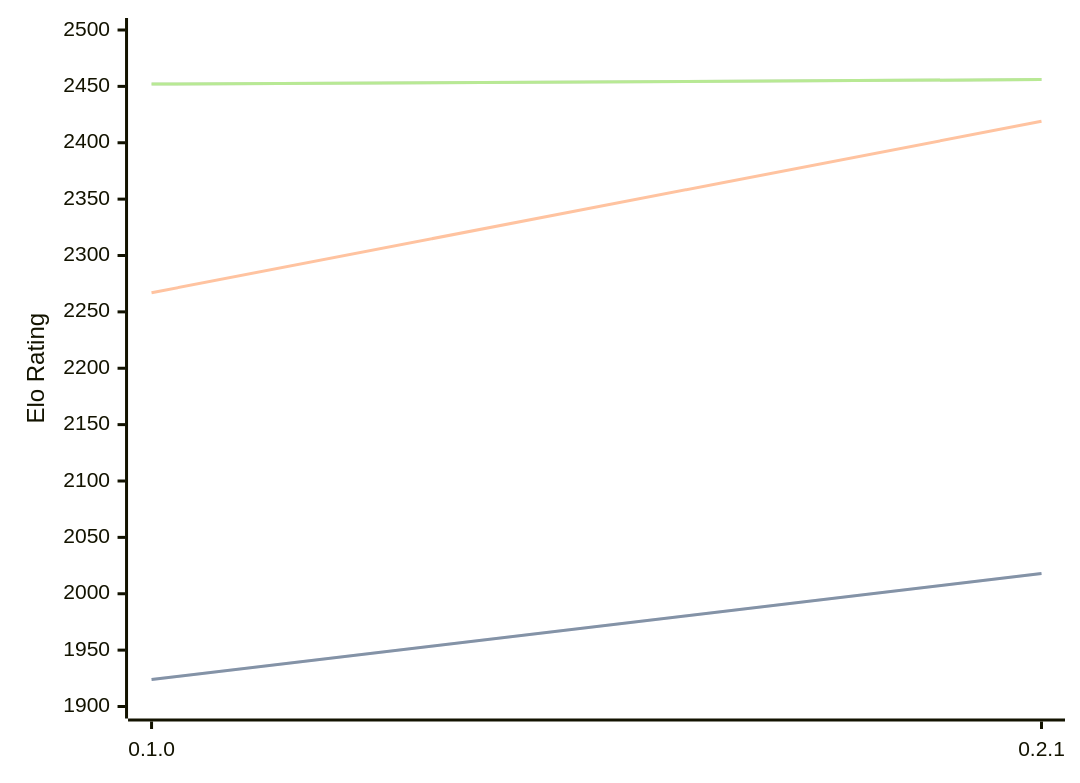
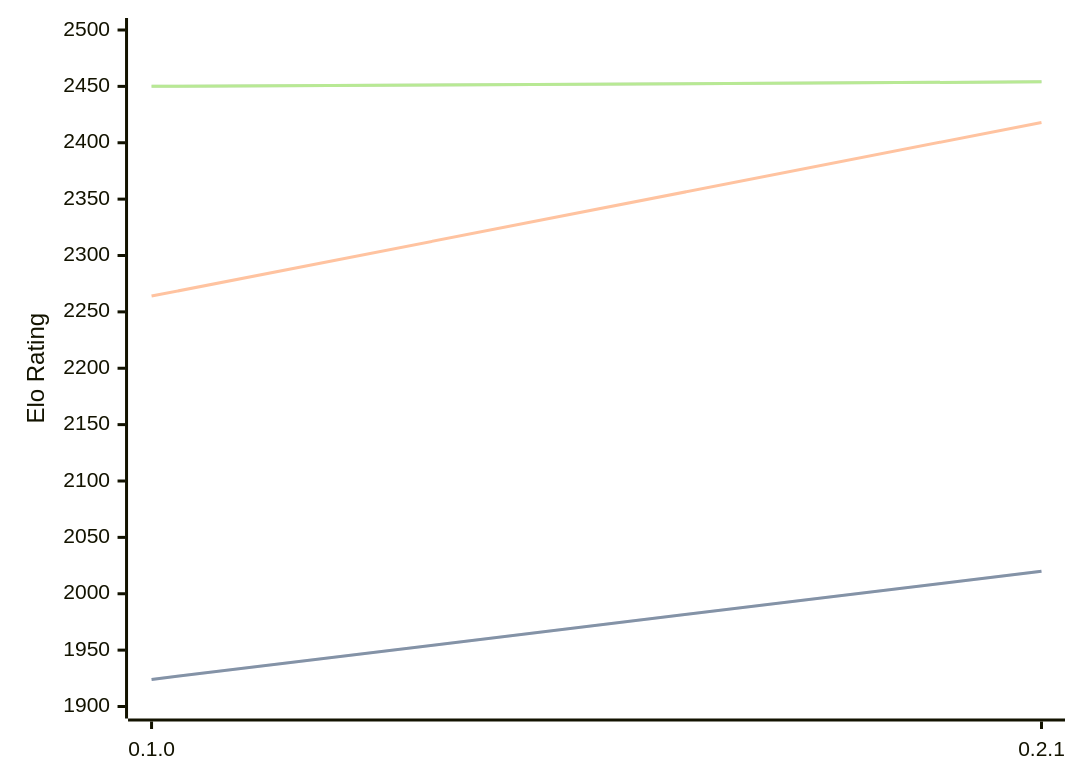
The diagram in engines/Sykora.md (computer-chess-index/cci), drawn with Mermaid before and after one commit. The commit also changed other lines of this file, not shown here.

Commit message:
Update CCI Ratings (ELO VLTC) - 2026-03-12

````diff
--- a/engines/Sykora.md
+++ b/engines/Sykora.md
@@ -30,11 +30,11 @@
 ```mermaid
 %%{init: {"theme":"base","themeVariables":{"seriesColors:['#a3a3a3','#222221','#faa371']}}}%%
 xychart-beta
   x-axis ["0.1.0", "0.2.1"]
   y-axis "Elo Rating" 1900 --> 2500
-  line "STC (8.0+0.08s)" [1924, 2018]
-  line "STC (8.0+0.08s)" [1924, 2018]
-  line "LTC (60.0+0.60s)" [2267, 2419]
-  line "VLTC (2m24s+1.12s)" [2452, 2456]
-  line "VLTC (2m24s+1.12s)" [2452, 2456]
+  line "STC (8.0+0.08s)" [1924, 2020]
+  line "STC (8.0+0.08s)" [1924, 2020]
+  line "LTC (60.0+0.60s)" [2264, 2418]
+  line "VLTC (2m24s+1.12s)" [2450, 2454]
+  line "VLTC (2m24s+1.12s)" [2450, 2454]
 ```
````
